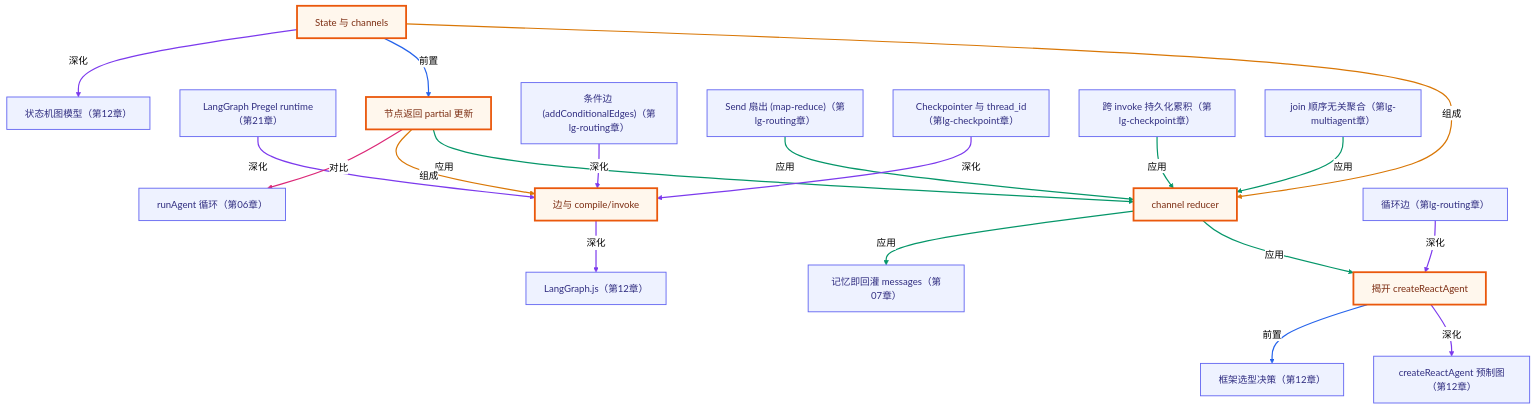
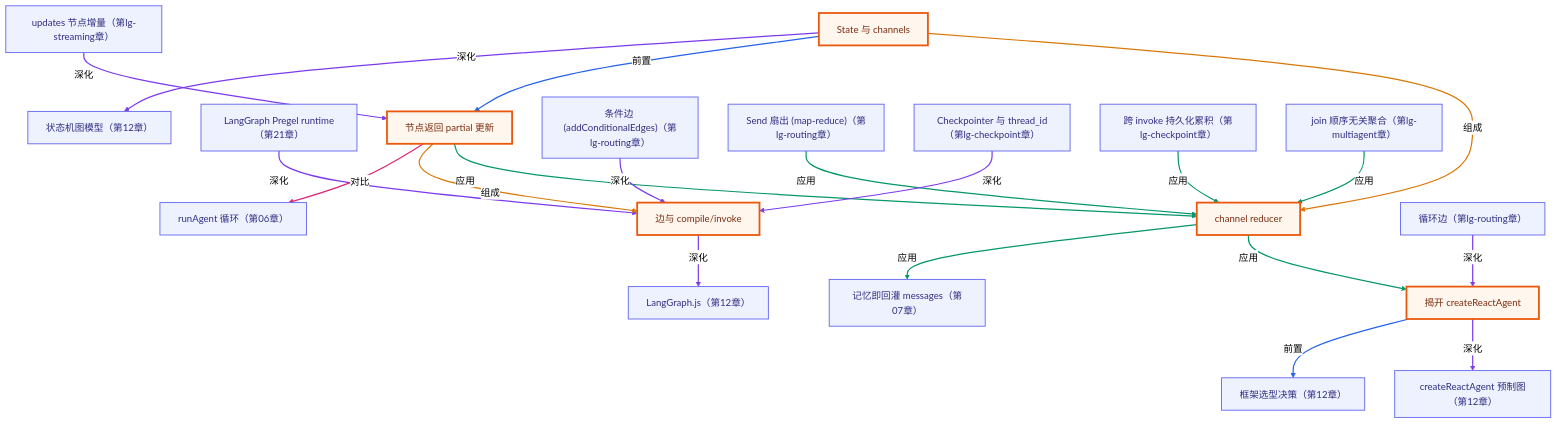
One commit to songuu/agent changed the second of 2 diagrams in langgraph-advanced/01-stategraph-basics/README.md. Above: the diagram before and after it, drawn with Mermaid (neutral theme). The commit also changed other lines of this file and 36 other files, not shown here.

First line of the commit message:
feat(docs): introduce 2026 Agent trends and architecture framework

````diff
--- a/langgraph-advanced/01-stategraph-basics/README.md
+++ b/langgraph-advanced/01-stategraph-basics/README.md
@@ -172,61 +172,64 @@
 ```mermaid
 graph TB
   classDef own fill:#fff7ed,stroke:#ea580c,stroke-width:3px,color:#7c2d12;
   classDef cross fill:#eef2ff,stroke:#6366f1,stroke-width:1.5px,color:#312e81;
   n_lgsg_state_channels["State 与 channels"]
   n_lgsg_reducer["channel reducer"]
   n_lgsg_node_partial["节点返回 partial 更新"]
   n_lgsg_edges_compile["边与 compile/invoke"]
   n_lgsg_vs_prebuilt["揭开 createReactAgent"]
   n_srca_langgraph_runtime["LangGraph Pregel runtime（第21章）"]
   n_c12_react_agent["createReactAgent 预制图（第12章）"]
   n_c12_state_graph["状态机图模型（第12章）"]
   n_c12_langgraph["LangGraph.js（第12章）"]
   n_c06_run_agent_loop["runAgent 循环（第06章）"]
   n_c07_conversation_as_array["记忆即回灌 messages（第07章）"]
   n_c12_framework_choice["框架选型决策（第12章）"]
   n_lgrt_conditional_edge["条件边 (addConditionalEdges)（第lg-routing章）"]
   n_lgrt_loop["循环边（第lg-routing章）"]
   n_lgrt_send_fanout["Send 扇出 (map-reduce)（第lg-routing章）"]
   n_lgcp_checkpointer["Checkpointer 与 thread_id（第lg-checkpoint章）"]
   n_lgcp_persist_accumulate["跨 invoke 持久化累积（第lg-checkpoint章）"]
   n_lgma_order_independent_join["join 顺序无关聚合（第lg-multiagent章）"]
+  n_lges_updates_delta["updates 节点增量（第lg-streaming章）"]
   n_srca_langgraph_runtime -->|深化| n_lgsg_edges_compile
   n_lgsg_state_channels -->|组成| n_lgsg_reducer
   n_lgsg_state_channels -->|前置| n_lgsg_node_partial
   n_lgsg_node_partial -->|应用| n_lgsg_reducer
   n_lgsg_node_partial -->|组成| n_lgsg_edges_compile
   n_lgsg_reducer -->|应用| n_lgsg_vs_prebuilt
   n_lgsg_vs_prebuilt -->|深化| n_c12_react_agent
   n_lgsg_state_channels -->|深化| n_c12_state_graph
   n_lgsg_edges_compile -->|深化| n_c12_langgraph
   n_lgsg_node_partial -->|对比| n_c06_run_agent_loop
   n_lgsg_reducer -->|应用| n_c07_conversation_as_array
   n_lgsg_vs_prebuilt -->|前置| n_c12_framework_choice
   n_lgrt_conditional_edge -->|深化| n_lgsg_edges_compile
   n_lgrt_loop -->|深化| n_lgsg_vs_prebuilt
   n_lgrt_send_fanout -->|应用| n_lgsg_reducer
   n_lgcp_checkpointer -->|深化| n_lgsg_edges_compile
   n_lgcp_persist_accumulate -->|应用| n_lgsg_reducer
   n_lgma_order_independent_join -->|应用| n_lgsg_reducer
+  n_lges_updates_delta -->|深化| n_lgsg_node_partial
   class n_lgsg_state_channels,n_lgsg_reducer,n_lgsg_node_partial,n_lgsg_edges_compile,n_lgsg_vs_prebuilt own;
-  class n_srca_langgraph_runtime,n_c12_react_agent,n_c12_state_graph,n_c12_langgraph,n_c06_run_agent_loop,n_c07_conversation_as_array,n_c12_framework_choice,n_lgrt_conditional_edge,n_lgrt_loop,n_lgrt_send_fanout,n_lgcp_checkpointer,n_lgcp_persist_accumulate,n_lgma_order_independent_join cross;
+  class n_srca_langgraph_runtime,n_c12_react_agent,n_c12_state_graph,n_c12_langgraph,n_c06_run_agent_loop,n_c07_conversation_as_array,n_c12_framework_choice,n_lgrt_conditional_edge,n_lgrt_loop,n_lgrt_send_fanout,n_lgcp_checkpointer,n_lgcp_persist_accumulate,n_lgma_order_independent_join,n_lges_updates_delta cross;
   linkStyle 0 stroke:#7c3aed,stroke-width:2px;
   linkStyle 1 stroke:#d97706,stroke-width:2px;
   linkStyle 2 stroke:#2563eb,stroke-width:2px;
   linkStyle 3 stroke:#059669,stroke-width:2px;
   linkStyle 4 stroke:#d97706,stroke-width:2px;
   linkStyle 5 stroke:#059669,stroke-width:2px;
   linkStyle 6 stroke:#7c3aed,stroke-width:2px;
   linkStyle 7 stroke:#7c3aed,stroke-width:2px;
   linkStyle 8 stroke:#7c3aed,stroke-width:2px;
   linkStyle 9 stroke:#db2777,stroke-width:2px;
   linkStyle 10 stroke:#059669,stroke-width:2px;
   linkStyle 11 stroke:#2563eb,stroke-width:2px;
   linkStyle 12 stroke:#7c3aed,stroke-width:2px;
   linkStyle 13 stroke:#7c3aed,stroke-width:2px;
   linkStyle 14 stroke:#059669,stroke-width:2px;
   linkStyle 15 stroke:#7c3aed,stroke-width:2px;
   linkStyle 16 stroke:#059669,stroke-width:2px;
   linkStyle 17 stroke:#059669,stroke-width:2px;
+  linkStyle 18 stroke:#7c3aed,stroke-width:2px;
 ```
````
